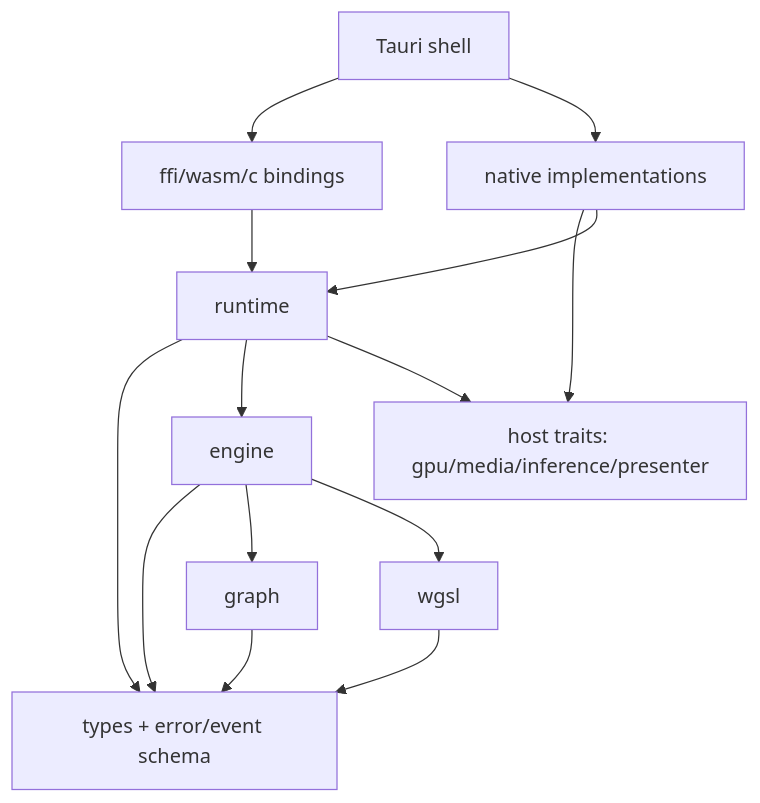
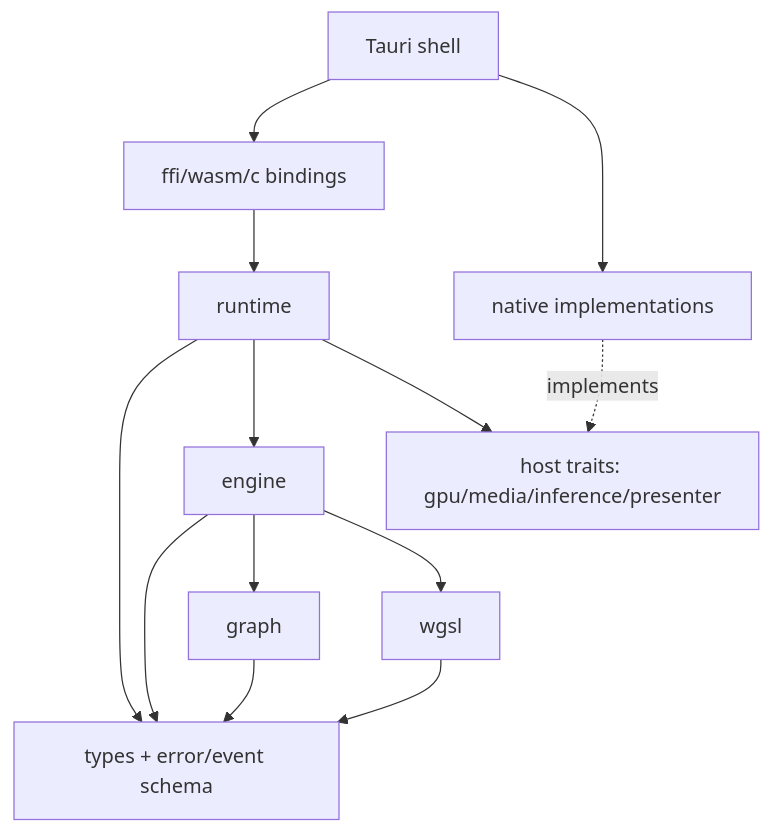
Before and after one commit to sanitor/open_quartz: diagram 12 of 12 in docs/DESIGN.md, drawn with Mermaid. The commit also changed other lines of this file, not shown here.

First line of the commit message:
docs: correct runtime backend call direction

````diff
--- a/docs/DESIGN.md
+++ b/docs/DESIGN.md
@@ -777,26 +783,25 @@
 ```mermaid
 flowchart TD
     Schema[types + error/event schema]
     Graph[graph]
     Wgsl[wgsl]
     Engine[engine]
     Runtime[runtime]
     HostTraits[host traits: gpu/media/inference/presenter]
     NativeImpl[native implementations]
     Binding[ffi/wasm/c bindings]
     Tauri[Tauri shell]
 
     Graph --> Schema
     Wgsl --> Schema
     Engine --> Schema
     Engine --> Graph
     Engine --> Wgsl
     Runtime --> Schema
     Runtime --> Engine
     Runtime --> HostTraits
-    NativeImpl --> HostTraits
-    NativeImpl --> Runtime
+    NativeImpl -. implements .-> HostTraits
     Binding --> Runtime
     Tauri --> Binding
     Tauri --> NativeImpl
 ```
````
